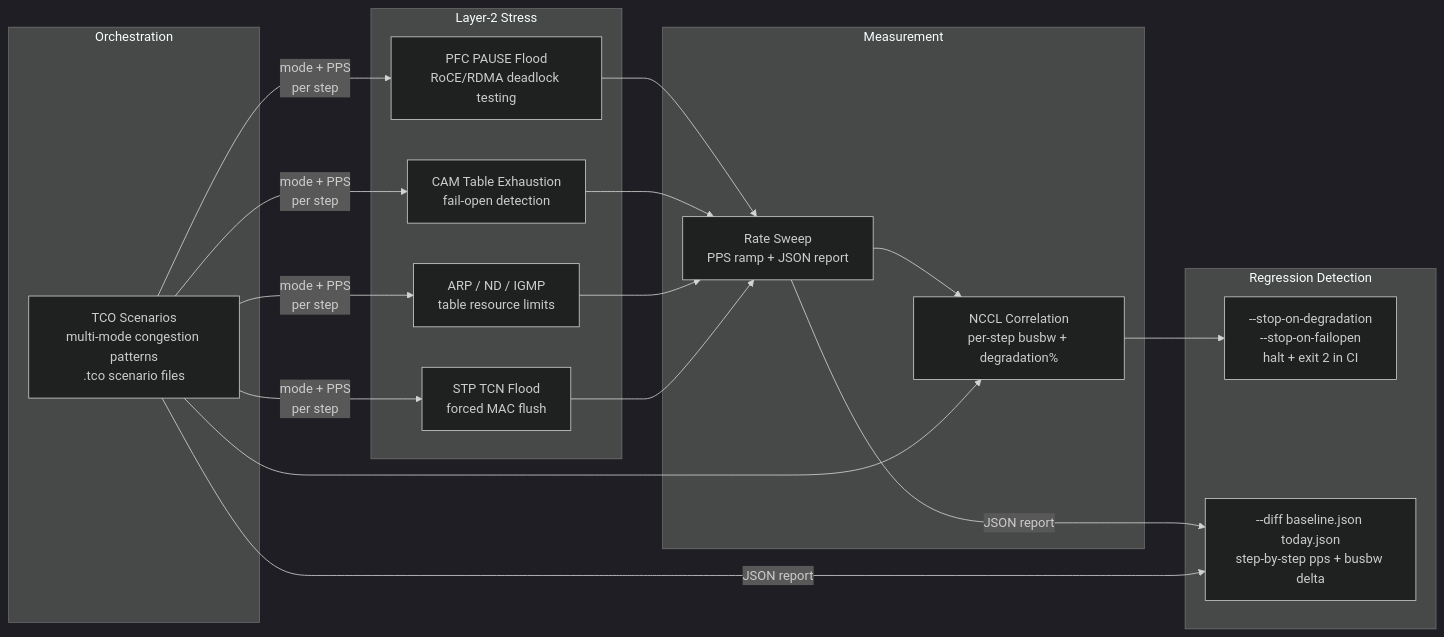
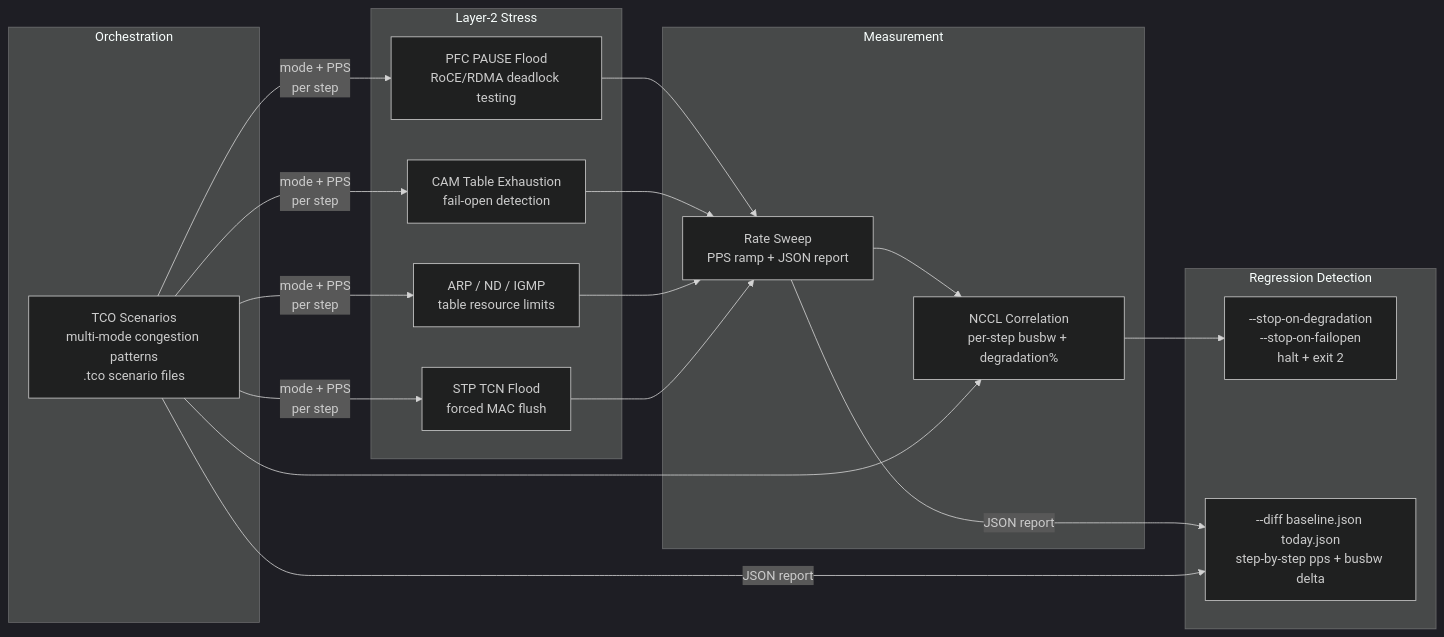
The first of 10 diagrams in README.md (mstits/Basidium), drawn with Mermaid (dark theme) before and after one commit. The commit also changed other lines of this file and 3 other files, not shown here.

````diff
--- a/README.md
+++ b/README.md
@@ -51,30 +51,30 @@
 ```mermaid
 graph LR
     subgraph "Layer-2 Stress"
         PFC["PFC PAUSE Flood<br/>RoCE/RDMA deadlock testing"]
         CAM["CAM Table Exhaustion<br/>fail-open detection"]
         ARP["ARP / ND / IGMP<br/>table resource limits"]
         STP["STP TCN Flood<br/>forced MAC flush"]
     end
 
     subgraph "Measurement"
         SWEEP["Rate Sweep<br/>PPS ramp + JSON report"]
         NCCL["NCCL Correlation<br/>per-step busbw + degradation%"]
     end
 
     subgraph "Orchestration"
         TCO["TCO Scenarios<br/>multi-mode congestion patterns<br/>.tco scenario files"]
     end
 
     subgraph "Regression Detection"
-        STOP["--stop-on-degradation<br/>--stop-on-failopen<br/>halt + exit 2 in CI"]
+        STOP["--stop-on-degradation<br/>--stop-on-failopen<br/>halt + exit 2"]
         DIFF["--diff baseline.json today.json<br/>step-by-step pps + busbw delta"]
     end
 
     PFC & CAM & ARP & STP --> SWEEP
     SWEEP --> NCCL
     TCO --> |"mode + PPS<br/>per step"| PFC & CAM & ARP & STP
     TCO --> NCCL
     NCCL --> STOP
     SWEEP & TCO --> |"JSON report"| DIFF
 ```
````
